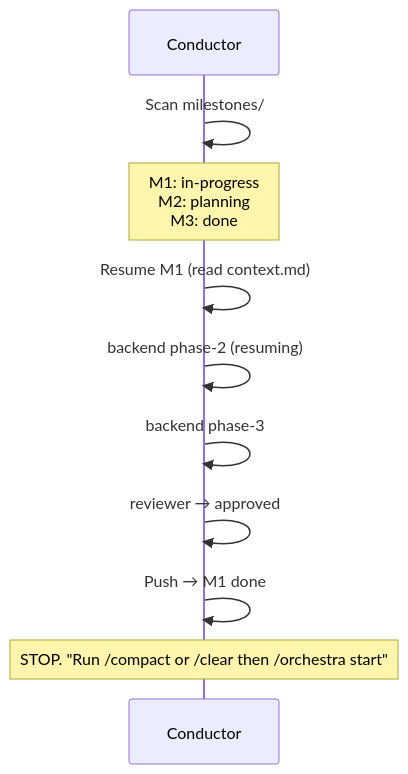
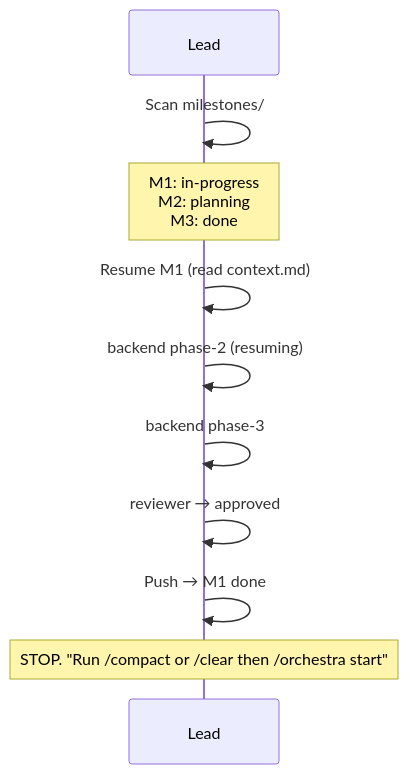
Before and after one commit to sulhadin/orchestrator: the second of 3 diagrams in .orchestra/README.md, drawn with Mermaid. The commit also changed other lines of this file and 40 other files, not shown here.

First line of the commit message:
feat!: replace static agent roles with dynamic Lead architecture

````diff
--- a/.orchestra/README.md
+++ b/.orchestra/README.md
@@ -374,15 +358,15 @@
 ```mermaid
 sequenceDiagram
-    participant C as Conductor
+    participant C as Lead
 
     C->>C: Scan milestones/
     Note over C: M1: in-progress<br/>M2: planning<br/>M3: done
 
     C->>C: Resume M1 (read context.md)
     C->>C: backend phase-2 (resuming)
     C->>C: backend phase-3
     C->>C: reviewer → approved
     C->>C: Push → M1 done
 
     Note over C: STOP. "Run /compact or /clear then /orchestra start"
 ```
````
